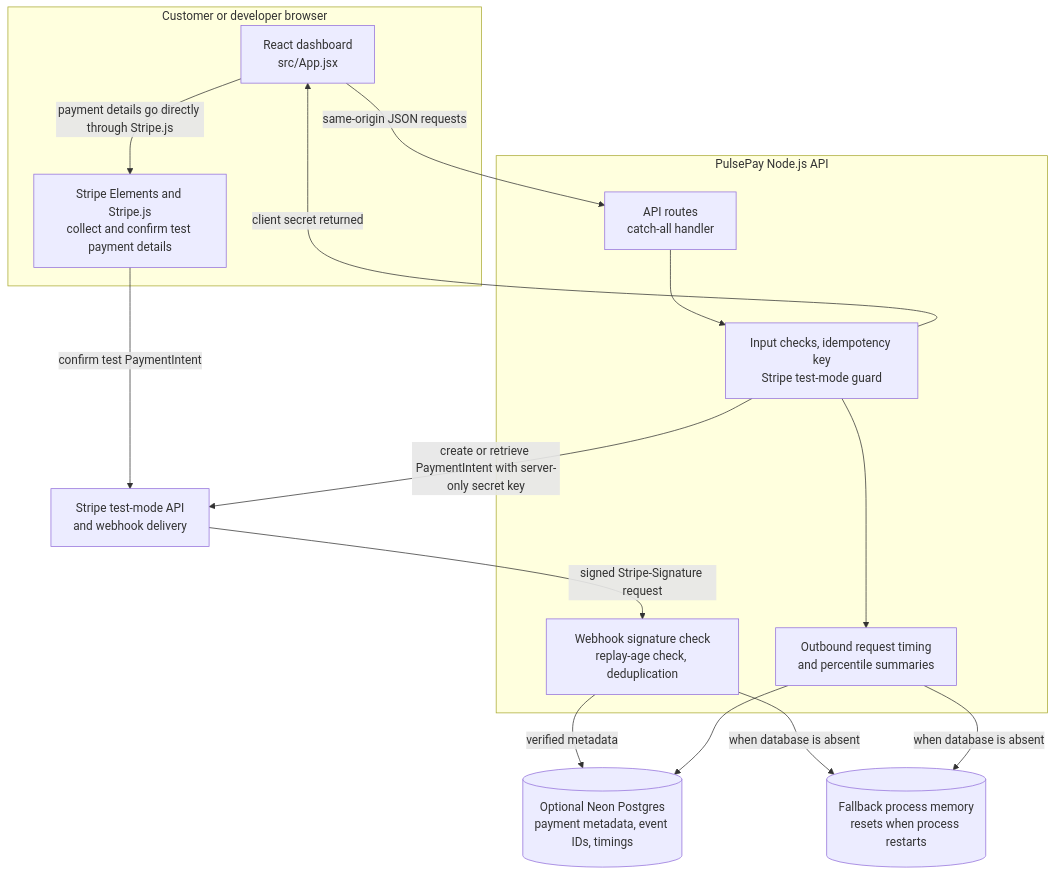
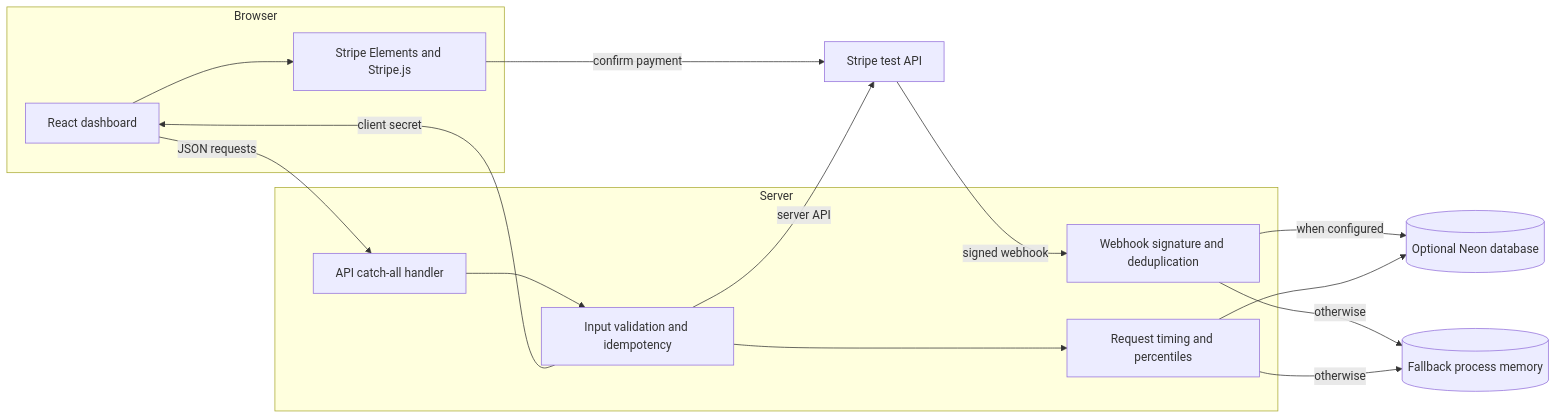
Before and after one commit to rithika20252024/pulsepay-payment-performance-lab: the first of 2 diagrams in README.md, drawn with Mermaid.

Commit message:
docs: simplify Mermaid architecture flowchart

````diff
--- a/README.md
+++ b/README.md
@@ -35,31 +35,31 @@
 ```mermaid
-flowchart TB
-    subgraph Browser[Customer or developer browser]
-        UI["React dashboard<br/>src/App.jsx"]
-        Elements["Stripe Elements and Stripe.js<br/>collect and confirm test payment details"]
+flowchart LR
+    subgraph Browser
+        UI[React dashboard]
+        Elements[Stripe Elements and Stripe.js]
     end
 
-    subgraph AppServer[PulsePay Node.js API]
-        Routes["API routes<br/>catch-all handler"]
-        Guard["Input checks, idempotency key<br/>Stripe test-mode guard"]
-        Webhook["Webhook signature check<br/>replay-age check, deduplication"]
-        Metrics["Outbound request timing<br/>and percentile summaries"]
+    subgraph Server
+        Routes[API catch-all handler]
+        Guard[Input validation and idempotency]
+        Webhook[Webhook signature and deduplication]
+        Metrics[Request timing and percentiles]
     end
 
-    Stripe["Stripe test-mode API<br/>and webhook delivery"]
-    Store[("Optional Neon Postgres<br/>payment metadata, event IDs, timings")]
-    Memory[("Fallback process memory<br/>resets when process restarts")]
+    Stripe[Stripe test API]
+    Store[(Optional Neon database)]
+    Memory[(Fallback process memory)]
 
-    UI -->|same-origin JSON requests| Routes
+    UI -->|JSON requests| Routes
     Routes --> Guard
-    Guard -->|create or retrieve PaymentIntent with server-only secret key| Stripe
-    Guard -->|client secret returned| UI
-    UI -->|payment details go directly through Stripe.js| Elements
-    Elements -->|confirm test PaymentIntent| Stripe
-    Stripe -->|signed Stripe-Signature request| Webhook
-    Webhook -->|verified metadata| Store
-    Webhook -->|when database is absent| Memory
+    Guard -->|server API| Stripe
+    Guard -->|client secret| UI
+    UI --> Elements
+    Elements -->|confirm payment| Stripe
+    Stripe -->|signed webhook| Webhook
+    Webhook -->|when configured| Store
+    Webhook -->|otherwise| Memory
     Metrics --> Store
-    Metrics -->|when database is absent| Memory
+    Metrics -->|otherwise| Memory
     Guard --> Metrics
 ```
````
